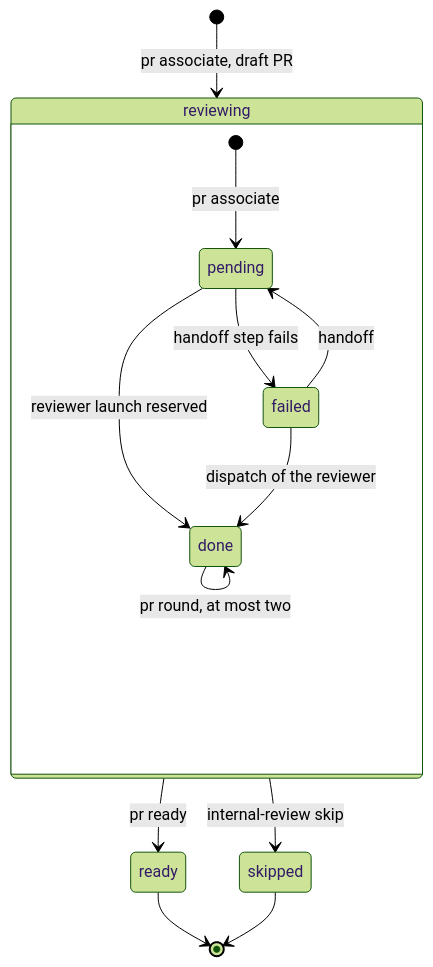
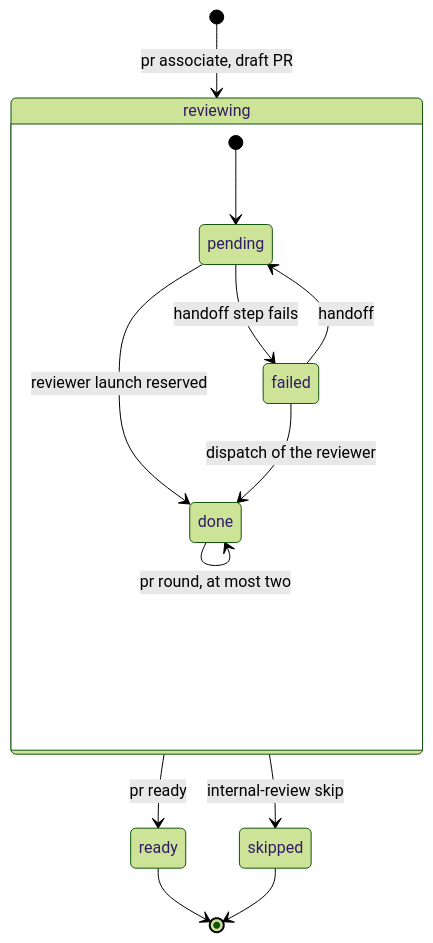
The second of 2 diagrams in README.md (fveracoechea/operator), drawn with Mermaid (forest theme) before and after one commit. The commit also changed other lines of this file and 3 other files, not shown here.

Commit message:
docs: apply the review findings on the diagrams, merge gate, and update guide

````diff
--- a/README.md
+++ b/README.md
@@ -75,16 +79,16 @@
 ```mermaid
 stateDiagram-v2
     [*] --> reviewing: pr associate, draft PR
     state reviewing {
-        [*] --> pending: pr associate
+        [*] --> pending
         pending --> done: reviewer launch reserved
         pending --> failed: handoff step fails
         failed --> pending: handoff
         failed --> done: dispatch of the reviewer
         done --> done: pr round, at most two
     }
     reviewing --> ready: pr ready
     reviewing --> skipped: internal-review skip
     ready --> [*]
     skipped --> [*]
 ```
````
